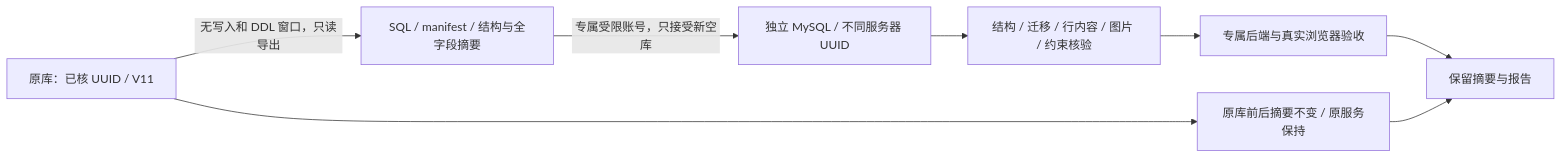
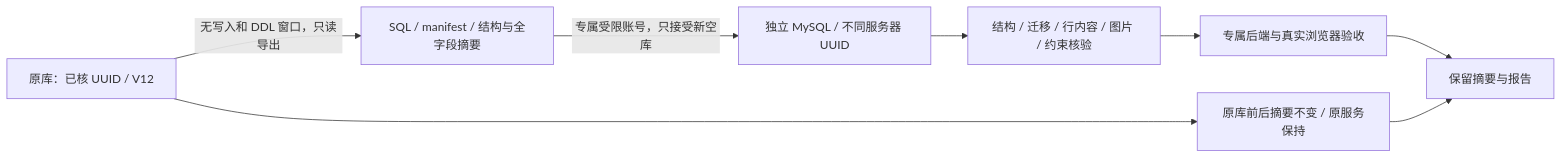
The second of 2 diagrams in docs/architecture.md (GTASDAW/MYCODE), drawn with Mermaid before and after one commit. The commit also changed other lines of this file and 61 other files, not shown here.

````diff
--- a/docs/architecture.md
+++ b/docs/architecture.md
@@ -234,10 +240,10 @@
 ```mermaid
 flowchart LR
-    S[原库：已核 UUID / V11] -->|无写入和 DDL 窗口，只读导出| P[SQL / manifest / 结构与全字段摘要]
+    S[原库：已核 UUID / V12] -->|无写入和 DDL 窗口，只读导出| P[SQL / manifest / 结构与全字段摘要]
     P -->|专属受限账号，只接受新空库| T[独立 MySQL / 不同服务器 UUID]
     T --> V[结构 / 迁移 / 行内容 / 图片 / 约束核验]
     V --> A[专属后端与真实浏览器验收]
     S --> C[原库前后摘要不变 / 原服务保持]
     A --> R[保留摘要与报告]
     C --> R
 ```
````
